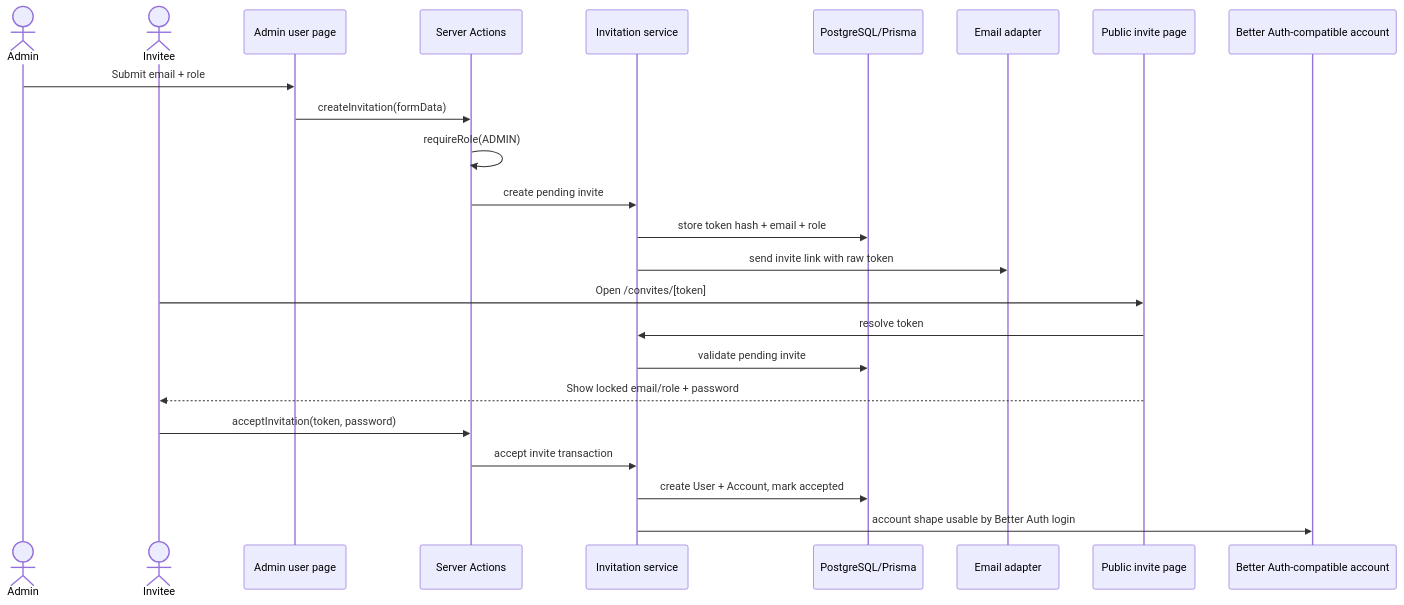
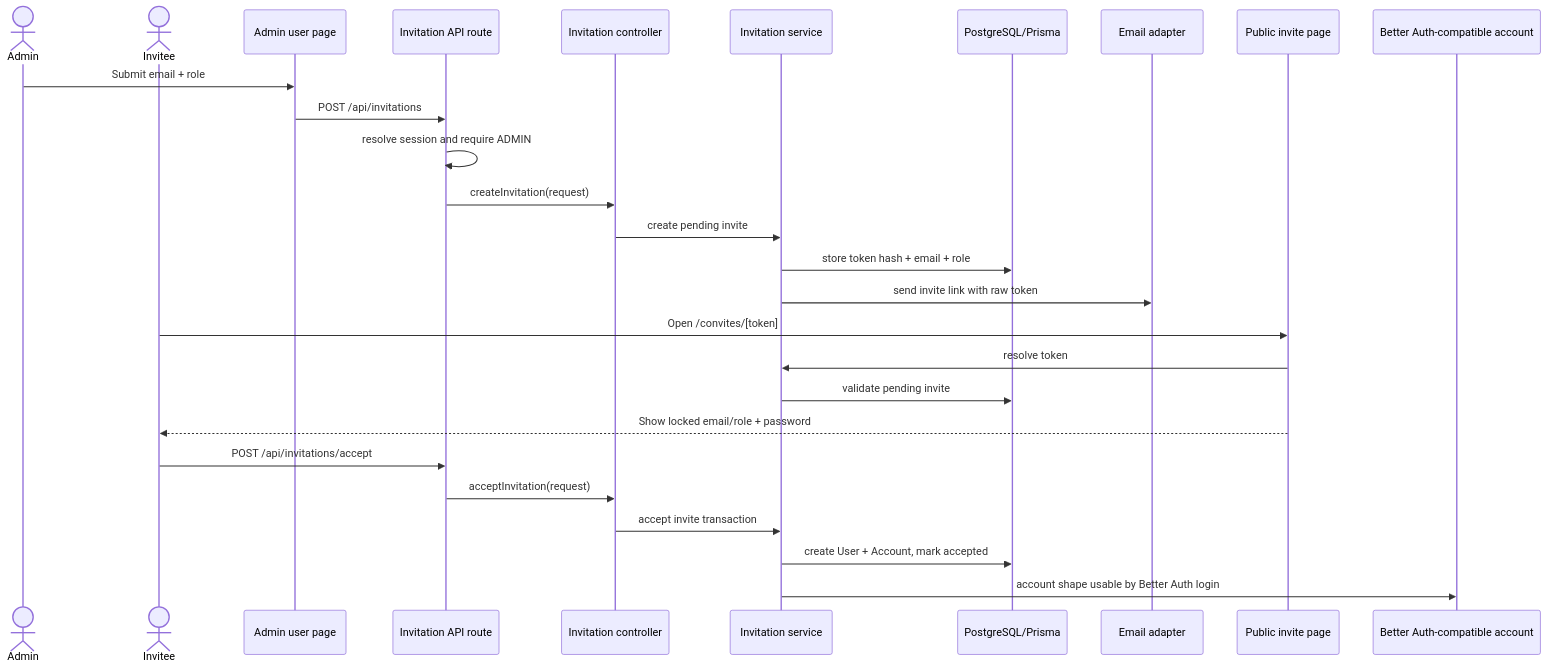
The diagram in .specs/features/user-invitations/design.md (dpnunez/enade-simulados), drawn with Mermaid before and after one commit. The commit also changed other lines of this file and 16 other files, not shown here.

````diff
--- a/.specs/features/user-invitations/design.md
+++ b/.specs/features/user-invitations/design.md
@@ -27,27 +27,30 @@
 ```mermaid
 sequenceDiagram
     actor Admin
     actor Invitee
     participant AdminUI as Admin user page
-    participant Actions as Server Actions
+    participant API as Invitation API route
+    participant Controller as Invitation controller
     participant InviteService as Invitation service
     participant DB as PostgreSQL/Prisma
     participant Mail as Email adapter
     participant Register as Public invite page
     participant Auth as Better Auth-compatible account
 
     Admin->>AdminUI: Submit email + role
-    AdminUI->>Actions: createInvitation(formData)
-    Actions->>Actions: requireRole(ADMIN)
-    Actions->>InviteService: create pending invite
+    AdminUI->>API: POST /api/invitations
+    API->>API: resolve session and require ADMIN
+    API->>Controller: createInvitation(request)
+    Controller->>InviteService: create pending invite
     InviteService->>DB: store token hash + email + role
     InviteService->>Mail: send invite link with raw token
     Invitee->>Register: Open /convites/[token]
     Register->>InviteService: resolve token
     InviteService->>DB: validate pending invite
     Register-->>Invitee: Show locked email/role + password
-    Invitee->>Actions: acceptInvitation(token, password)
-    Actions->>InviteService: accept invite transaction
+    Invitee->>API: POST /api/invitations/accept
+    API->>Controller: acceptInvitation(request)
+    Controller->>InviteService: accept invite transaction
     InviteService->>DB: create User + Account, mark accepted
     InviteService->>Auth: account shape usable by Better Auth login
 ```
````
